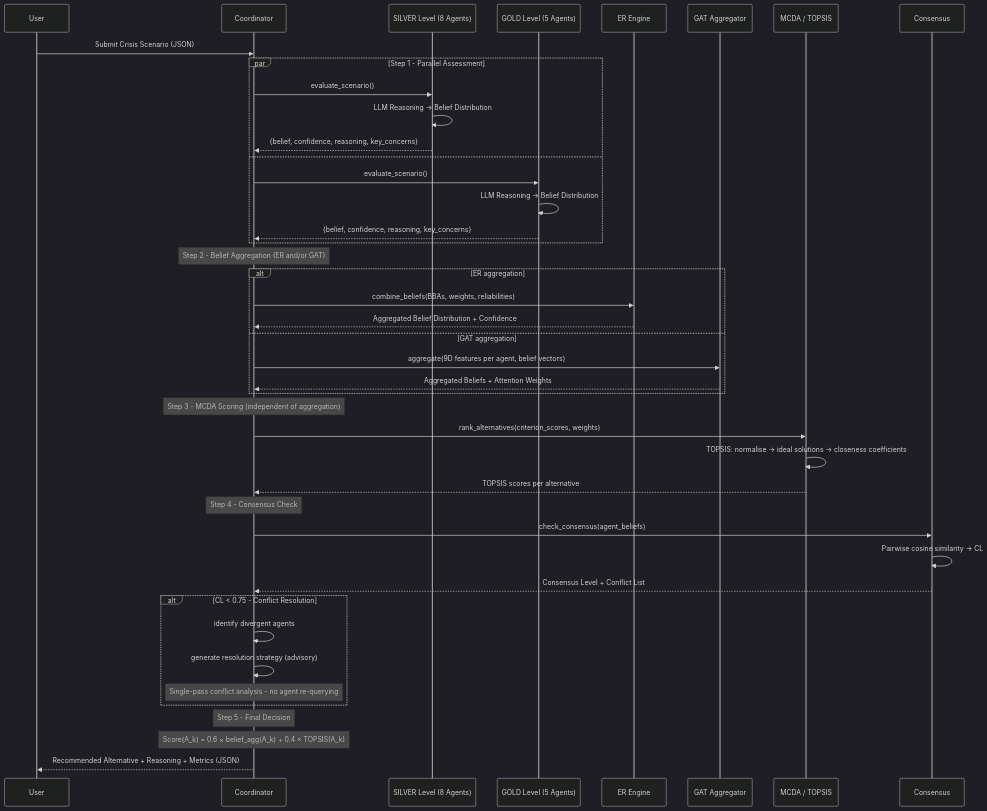
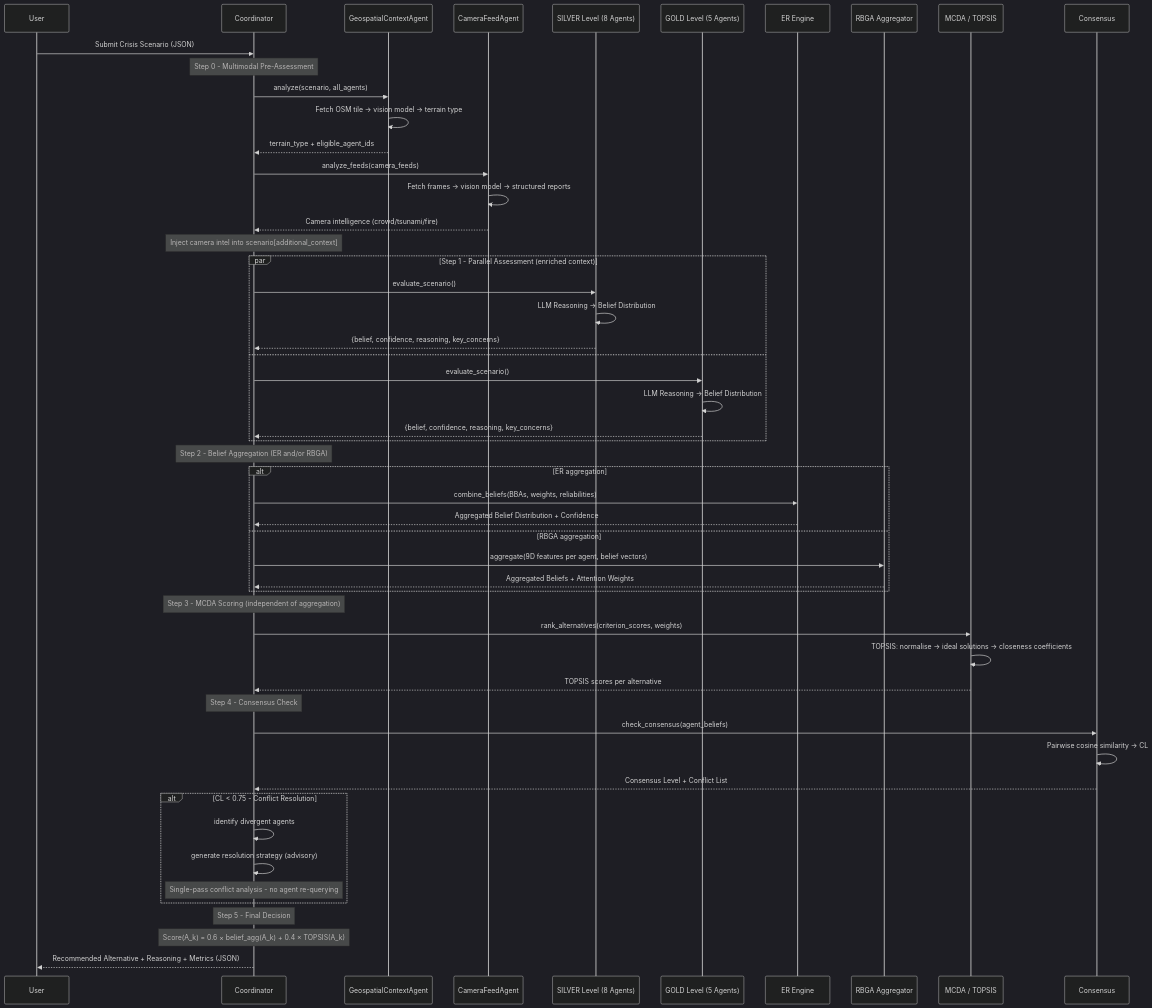
One commit to kerbgr/crisis_mas_poc changed the sixth of 7 diagrams in academic_journal_draft_long version.md. Above: the diagram before and after it, drawn with Mermaid (dark theme). The commit also changed other lines of this file and 14 other files, not shown here.

````diff
--- a/academic_journal_draft_long version.md
+++ b/academic_journal_draft_long version.md
@@ -461,56 +475,69 @@
 ```mermaid
 sequenceDiagram
     participant User
     participant Coordinator
+    participant Geo as GeospatialContextAgent
+    participant Cam as CameraFeedAgent
     participant Silver as SILVER Level (8 Agents)
     participant Gold as GOLD Level (5 Agents)
     participant ER as ER Engine
-    participant GAT as GAT Aggregator
+    participant GAT as RBGA Aggregator
     participant MCDA as MCDA / TOPSIS
     participant Consensus
 
     User->>Coordinator: Submit Crisis Scenario (JSON)
 
-    par Step 1 - Parallel Assessment
+    Note over Coordinator: Step 0 - Multimodal Pre-Assessment
+
+    Coordinator->>Geo: analyze(scenario, all_agents)
+    Geo->>Geo: Fetch OSM tile → vision model → terrain type
+    Geo-->>Coordinator: terrain_type + eligible_agent_ids
+
+    Coordinator->>Cam: analyze_feeds(camera_feeds)
+    Cam->>Cam: Fetch frames → vision model → structured reports
+    Cam-->>Coordinator: Camera intelligence (crowd/tsunami/fire)
+    Note over Coordinator: Inject camera intel into scenario[additional_context]
+
+    par Step 1 - Parallel Assessment (enriched context)
         Coordinator->>Silver: evaluate_scenario()
         Silver->>Silver: LLM Reasoning → Belief Distribution
         Silver-->>Coordinator: {belief, confidence, reasoning, key_concerns}
     and
         Coordinator->>Gold: evaluate_scenario()
         Gold->>Gold: LLM Reasoning → Belief Distribution
         Gold-->>Coordinator: {belief, confidence, reasoning, key_concerns}
     end
 
-    Note over Coordinator: Step 2 - Belief Aggregation (ER and/or GAT)
+    Note over Coordinator: Step 2 - Belief Aggregation (ER and/or RBGA)
 
     alt ER aggregation
         Coordinator->>ER: combine_beliefs(BBAs, weights, reliabilities)
         ER-->>Coordinator: Aggregated Belief Distribution + Confidence
-    else GAT aggregation
+    else RBGA aggregation
         Coordinator->>GAT: aggregate(9D features per agent, belief vectors)
         GAT-->>Coordinator: Aggregated Beliefs + Attention Weights
     end
 
     Note over Coordinator: Step 3 - MCDA Scoring (independent of aggregation)
 
     Coordinator->>MCDA: rank_alternatives(criterion_scores, weights)
     MCDA->>MCDA: TOPSIS: normalise → ideal solutions → closeness coefficients
     MCDA-->>Coordinator: TOPSIS scores per alternative
 
     Note over Coordinator: Step 4 - Consensus Check
 
     Coordinator->>Consensus: check_consensus(agent_beliefs)
     Consensus->>Consensus: Pairwise cosine similarity → CL
     Consensus-->>Coordinator: Consensus Level + Conflict List
 
     alt CL < 0.75 - Conflict Resolution
         Coordinator->>Coordinator: identify divergent agents
         Coordinator->>Coordinator: generate resolution strategy (advisory)
         Note over Coordinator: Single-pass conflict analysis - no agent re-querying
     end
 
     Note over Coordinator: Step 5 - Final Decision
     Note over Coordinator: Score(A_k) = 0.6 × belief_agg(A_k) + 0.4 × TOPSIS(A_k)
 
     Coordinator-->>User: Recommended Alternative + Reasoning + Metrics (JSON)
 ```
````
